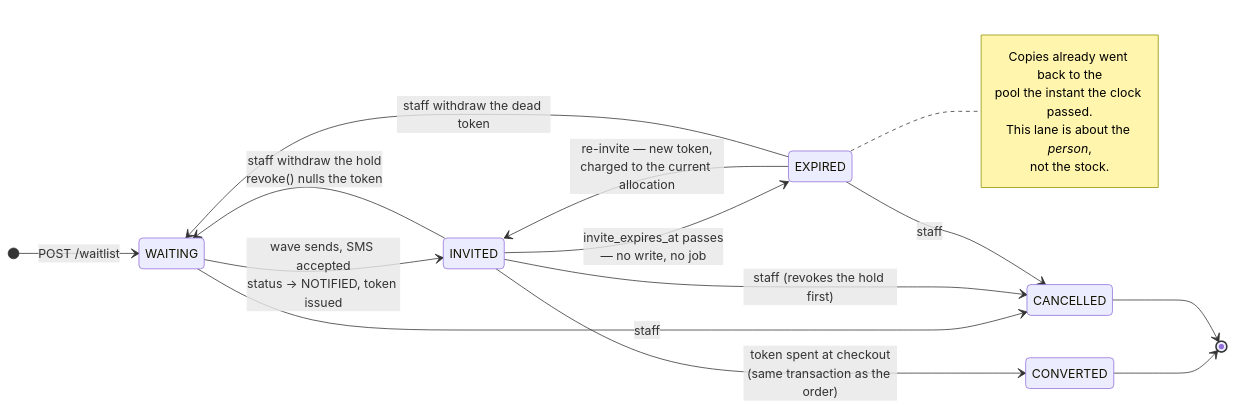
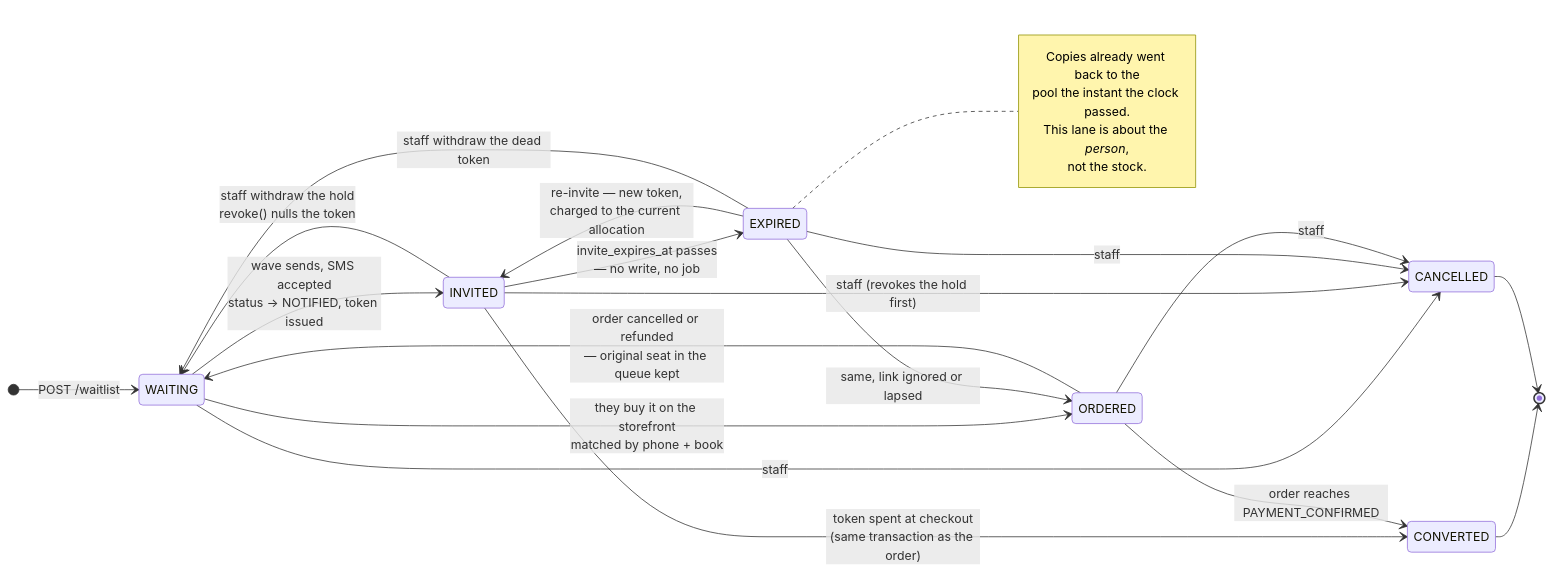
Before and after one commit to mrahmann0010/Sakura-Book: the first of 2 diagrams in docs/waitlist-queue-system.md, drawn with Mermaid. The commit also changed other lines of this file and 20 other files, not shown here.

````diff
--- a/docs/waitlist-queue-system.md
+++ b/docs/waitlist-queue-system.md
@@ -104,25 +104,30 @@
 ```mermaid
 stateDiagram-v2
   direction LR
   [*] --> WAITING: POST /waitlist
 
   WAITING --> INVITED: wave sends, SMS accepted<br/>status → NOTIFIED, token issued
   INVITED --> CONVERTED: token spent at checkout<br/>(same transaction as the order)
   INVITED --> EXPIRED: invite_expires_at passes<br/>— no write, no job
   INVITED --> WAITING: staff withdraw the hold<br/>revoke() nulls the token
   EXPIRED --> INVITED: re-invite — new token,<br/>charged to the current allocation
   EXPIRED --> WAITING: staff withdraw the dead token
+  WAITING --> ORDERED: they buy it on the storefront<br/>matched by phone + book
+  EXPIRED --> ORDERED: same, link ignored or lapsed
+  ORDERED --> CONVERTED: order reaches PAYMENT_CONFIRMED
+  ORDERED --> WAITING: order cancelled or refunded<br/>— original seat in the queue kept
   WAITING --> CANCELLED: staff
   INVITED --> CANCELLED: staff (revokes the hold first)
   EXPIRED --> CANCELLED: staff
+  ORDERED --> CANCELLED: staff
 
   CONVERTED --> [*]
   CANCELLED --> [*]
 
   note right of EXPIRED
     Copies already went back to the
     pool the instant the clock passed.
     This lane is about the *person*,
     not the stock.
   end note
 ```
````
